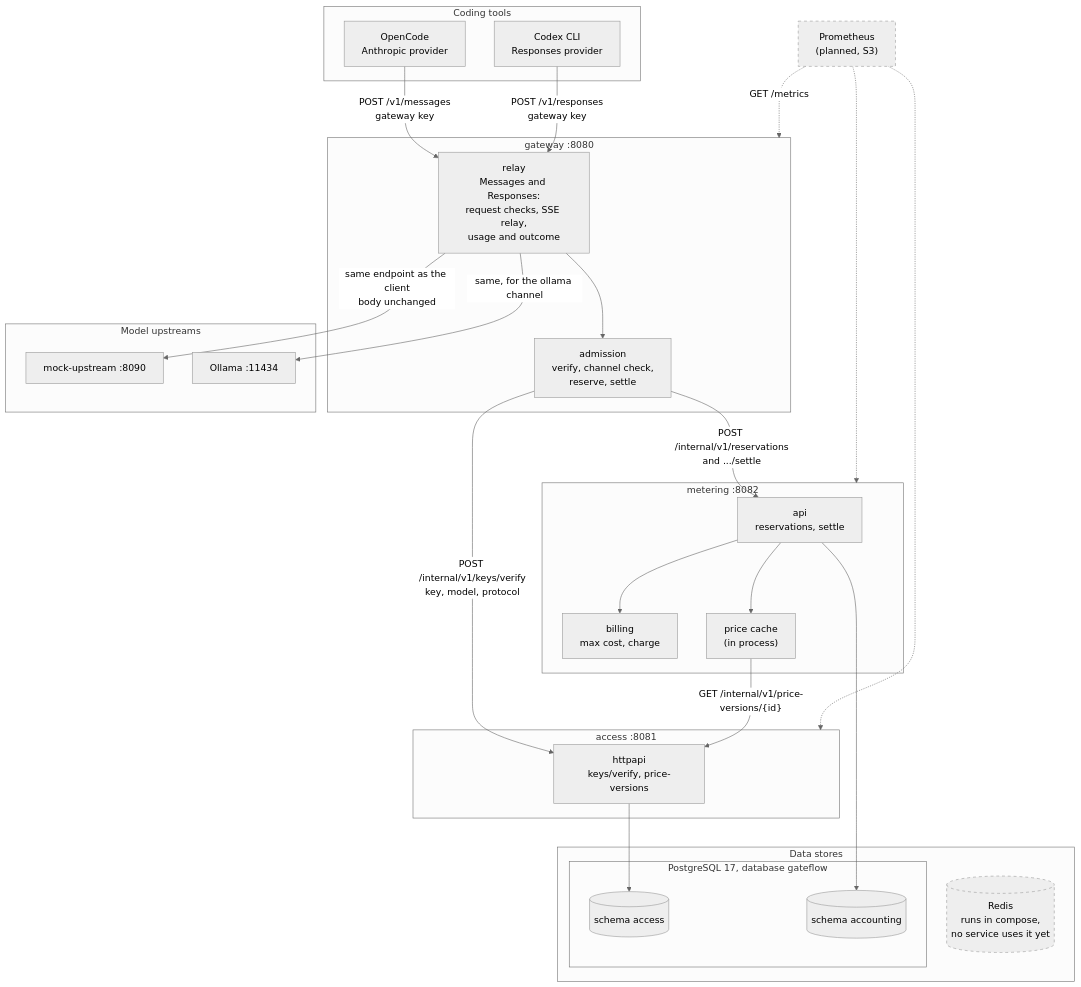
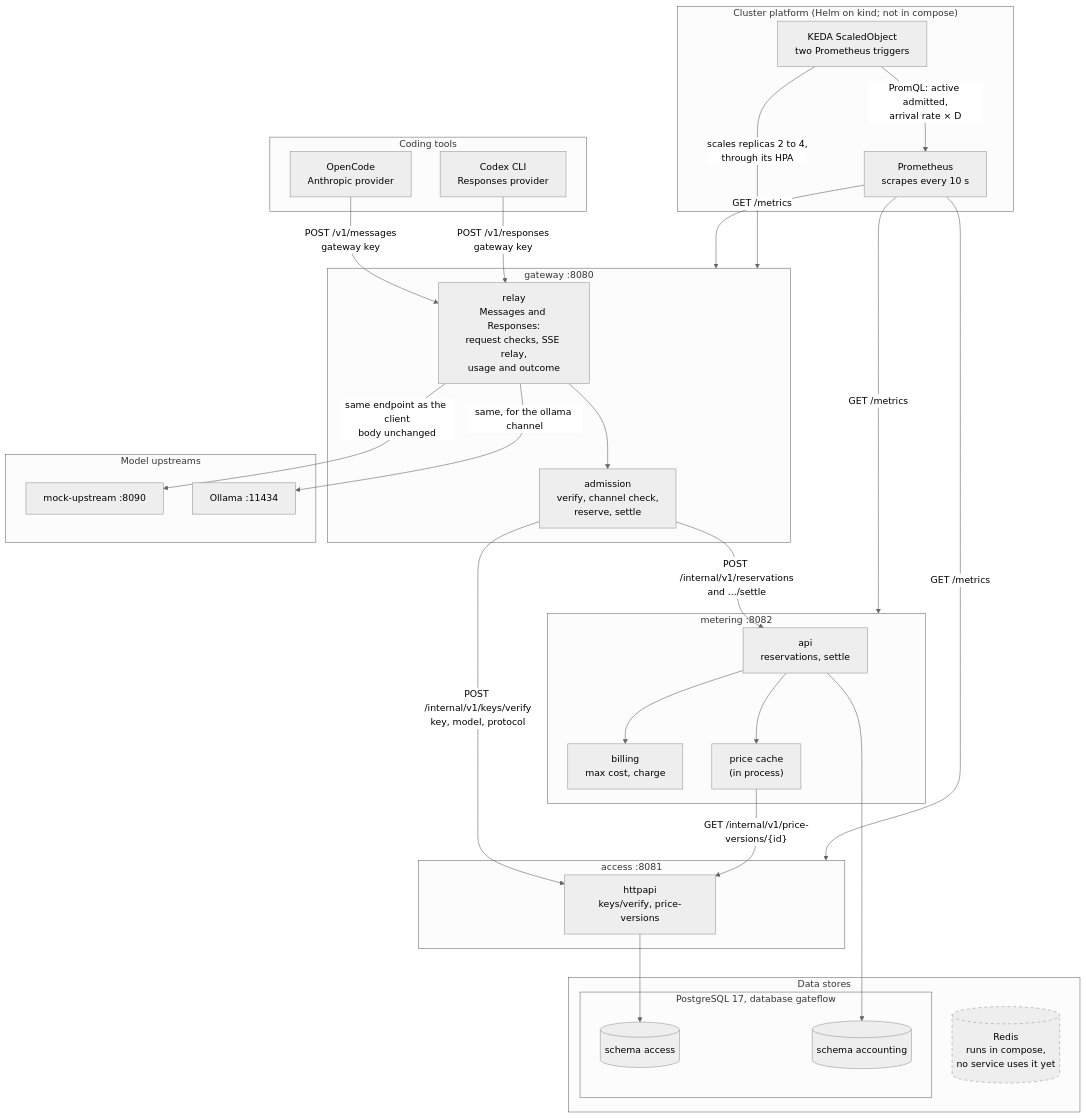
One commit to bibi45c/gateflow changed the first of 8 diagrams in docs/diagrams/as-built.md. Above: the diagram before and after it, drawn with Mermaid (neutral theme). The commit also changed other lines of this file, not shown here.

````diff
--- a/docs/diagrams/as-built.md
+++ b/docs/diagrams/as-built.md
@@ -38,56 +55,62 @@
 ```mermaid
 flowchart TB
   subgraph clients["Coding tools"]
     OC["OpenCode<br/>Anthropic provider"]
     CX["Codex CLI<br/>Responses provider"]
   end
 
   subgraph gw["gateway :8080"]
     RL["relay<br/>Messages and Responses:<br/>request checks, SSE relay,<br/>usage and outcome"]
     AD["admission<br/>verify, channel check,<br/>reserve, settle"]
     RL --> AD
   end
 
   subgraph ac["access :8081"]
     AAPI["httpapi<br/>keys/verify, price-versions"]
   end
 
   subgraph me["metering :8082"]
     MAPI["api<br/>reservations, settle"]
     BL["billing<br/>max cost, charge"]
     PC["price cache<br/>(in process)"]
     MAPI --> BL
     MAPI --> PC
   end
 
   subgraph up["Model upstreams"]
     MU["mock-upstream :8090"]
     OL["Ollama :11434"]
   end
 
   subgraph stores["Data stores"]
     subgraph db["PostgreSQL 17, database gateflow"]
       SA[("schema access")]
       SC[("schema accounting")]
     end
     RD[("Redis<br/>runs in compose,<br/>no service uses it yet")]
   end
 
   OC -->|"POST /v1/messages<br/>gateway key"| RL
   CX -->|"POST /v1/responses<br/>gateway key"| RL
   AD -->|"POST /internal/v1/keys/verify<br/>key, model, protocol"| AAPI
   AD -->|"POST /internal/v1/reservations<br/>and .../settle"| MAPI
   PC -->|"GET /internal/v1/price-versions/{id}"| AAPI
   RL -->|"same endpoint as the client<br/>body unchanged"| MU
   RL -->|"same, for the ollama channel"| OL
   AAPI --> SA
   MAPI --> SC
 
-  PR["Prometheus<br/>(planned, S3)"]
-  PR -.->|"GET /metrics"| gw
-  PR -.-> ac
-  PR -.-> me
+  subgraph plat["Cluster platform (Helm on kind; not in compose)"]
+    PR["Prometheus<br/>scrapes every 10 s"]
+    SO["KEDA ScaledObject<br/>two Prometheus triggers"]
+  end
+
+  PR -->|"GET /metrics"| gw
+  PR -->|"GET /metrics"| ac
+  PR -->|"GET /metrics"| me
+  SO -->|"PromQL: active admitted,<br/>arrival rate × D"| PR
+  SO -->|"scales replicas 2 to 4,<br/>through its HPA"| gw
 
   classDef planned stroke-dasharray:5 5
-  class RD,PR planned
+  class RD planned
 ```
````
